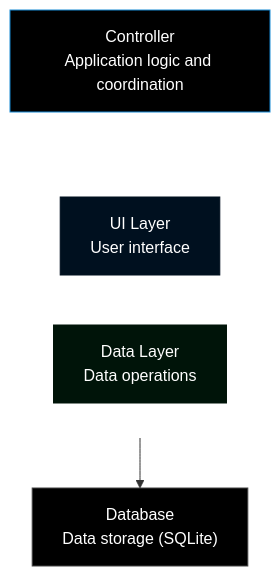
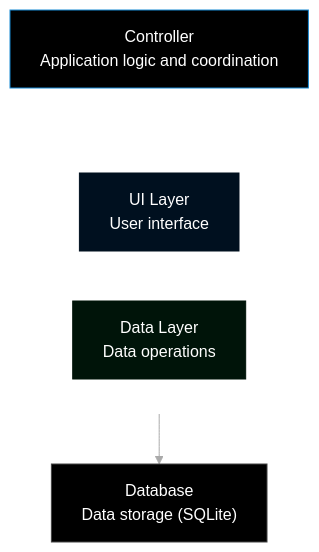
The diagram in docs/02_architecture.md (Nat-In/word_reminder), drawn with Mermaid before and after one commit.

Commit message:
Added Mermaid initialization settings for flowchart

````diff
--- a/docs/02_architecture.md
+++ b/docs/02_architecture.md
@@ -1,22 +1,24 @@
 ```mermaid
+%%{init: {"flowchart": {"wrappingWidth": 450}, "theme": "base", "themeVariables": {"background": "#000000", "primaryTextColor": "#ffffff", "lineColor": "#aaaaaa", "fontFamily": "Arial"}}}%%
+
 flowchart TB
     Controller["Controller<br/>Application logic and coordination"]
 
     subgraph Layers[" "]
         direction LR
         UI["UI Layer<br/>User interface"]
         Data["Data Layer<br/>Data operations"]
     end
 
     Database["Database<br/>Data storage (SQLite)"]
 
     Controller ~~~ UI
     Controller ~~~ Data
     Data --> Database
 
     style Controller fill:#000000,stroke:#1689d4,color:#ffffff
     style UI fill:#00101f,stroke:#00101f,color:#ffffff
     style Data fill:#001409,stroke:#001409,color:#ffffff
     style Database fill:#000000,stroke:#444444,color:#ffffff
     style Layers fill:none,stroke:none
 ```
````
